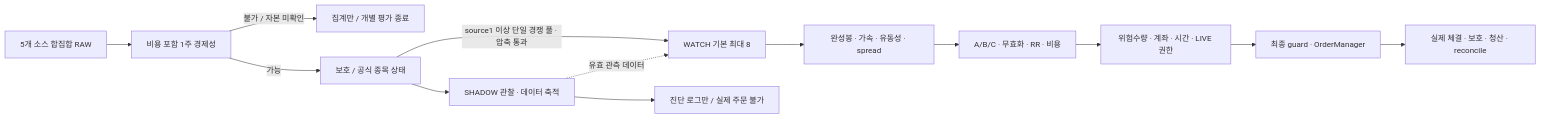
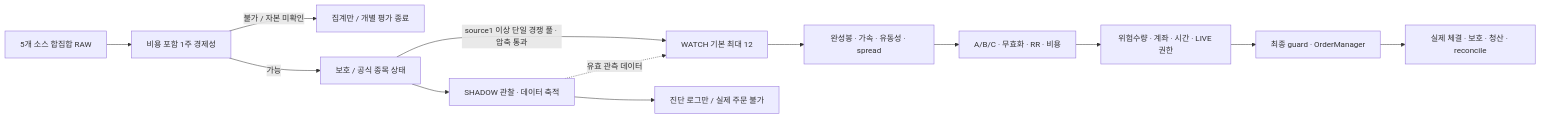
The diagram in README.md (neomusbist/stock-trading-bot), drawn with Mermaid before and after one commit. The commit also changed other lines of this file and 58 other files, not shown here.

````diff
--- a/README.md
+++ b/README.md
@@ -35,15 +35,15 @@
 ```mermaid
 flowchart LR
   R[5개 소스 합집합 RAW] --> E[비용 포함 1주 경제성]
   E -->|불가 / 자본 미확인| X[집계만 / 개별 평가 종료]
   E -->|가능| N[보호 / 공식 종목 상태]
   N --> S[SHADOW 관찰 · 데이터 축적]
-  N -->|source1 이상 단일 경쟁 풀 · 압축 통과| W[WATCH 기본 최대 8]
+  N -->|source1 이상 단일 경쟁 풀 · 압축 통과| W[WATCH 기본 최대 12]
   S -. 유효 관측 데이터 .-> W
   W --> A[완성봉 · 가속 · 유동성 · spread]
   A --> P[A/B/C · 무효화 · RR · 비용]
   P --> Q[위험수량 · 계좌 · 시간 · LIVE 권한]
   Q --> O[최종 guard · OrderManager]
   O --> F[실제 체결 · 보호 · 청산 · reconcile]
   S --> D[진단 로그만 / 실제 주문 불가]
 ```
````
